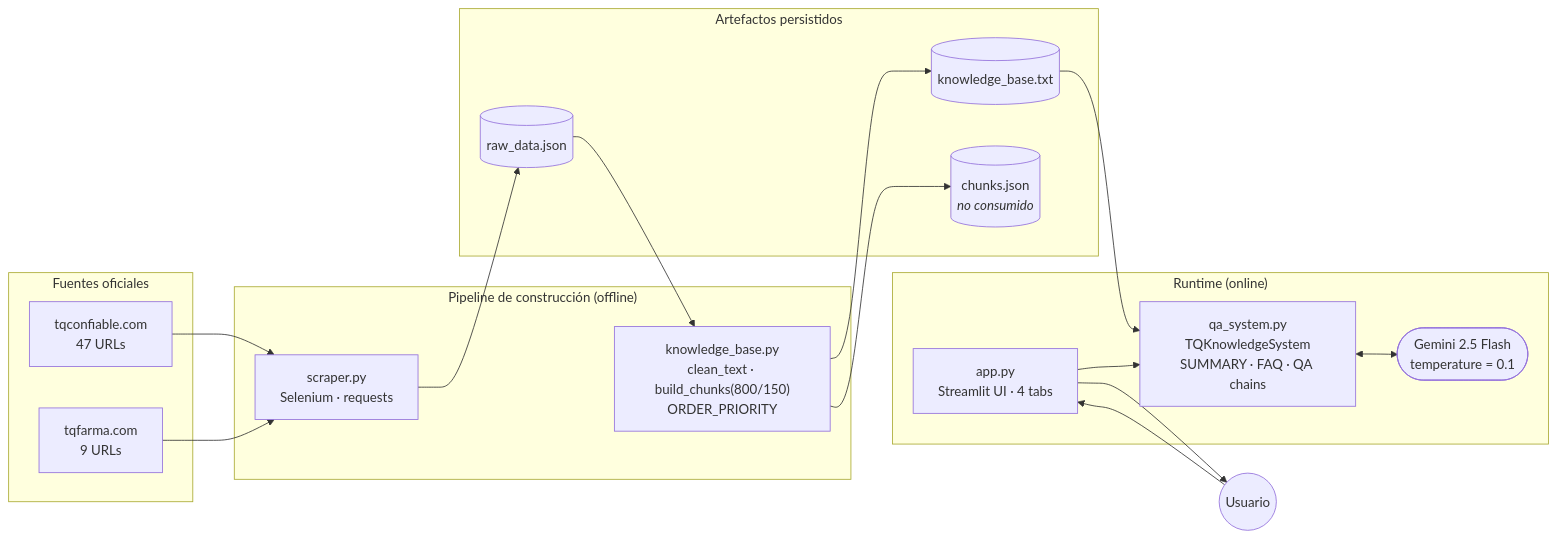
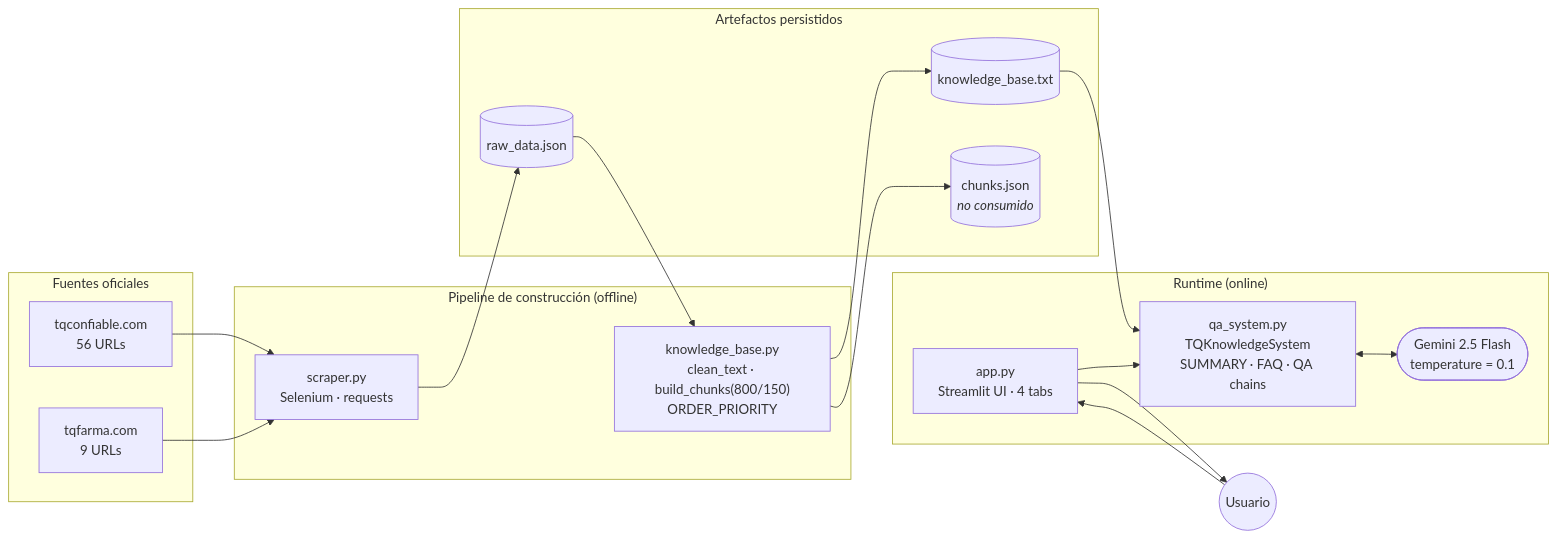
Before and after one commit to dimarior/tq_chatbot: the first of 2 diagrams in README.md, drawn with Mermaid.

Commit message:
docs: Actualizar  conteo de URLs procesadas en README.md

````diff
--- a/README.md
+++ b/README.md
@@ -161,36 +161,36 @@
 ```mermaid
 flowchart LR
     subgraph Sources["Fuentes oficiales"]
-        S1["tqconfiable.com<br/>47 URLs"]
+        S1["tqconfiable.com<br/>56 URLs"]
         S2["tqfarma.com<br/>9 URLs"]
     end
 
     subgraph Build["Pipeline de construcción (offline)"]
         SC["scraper.py<br/>Selenium · requests"]
         KB["knowledge_base.py<br/>clean_text · build_chunks(800/150)<br/>ORDER_PRIORITY"]
     end
 
     subgraph Artifacts["Artefactos persistidos"]
         RD[("raw_data.json")]
         KT[("knowledge_base.txt")]
         CJ[("chunks.json<br/><i>no consumido</i>")]
     end
 
     subgraph Runtime["Runtime (online)"]
         QS["qa_system.py<br/>TQKnowledgeSystem<br/>SUMMARY · FAQ · QA chains"]
         APP["app.py<br/>Streamlit UI · 4 tabs"]
         GM(["Gemini 2.5 Flash<br/>temperature = 0.1"])
     end
 
     S1 --> SC
     S2 --> SC
     SC --> RD
     RD --> KB
     KB --> KT
     KB --> CJ
     KT --> QS
     QS <--> GM
     APP --> QS
     User((Usuario)) --> APP
     APP --> User
 ```
````
